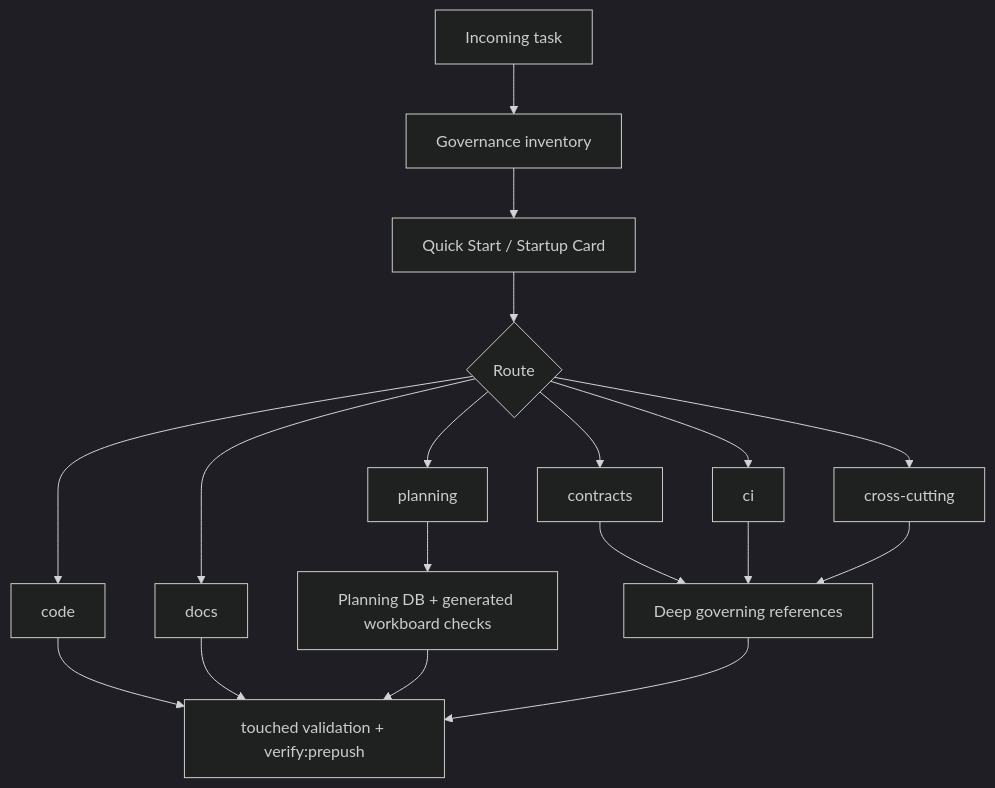
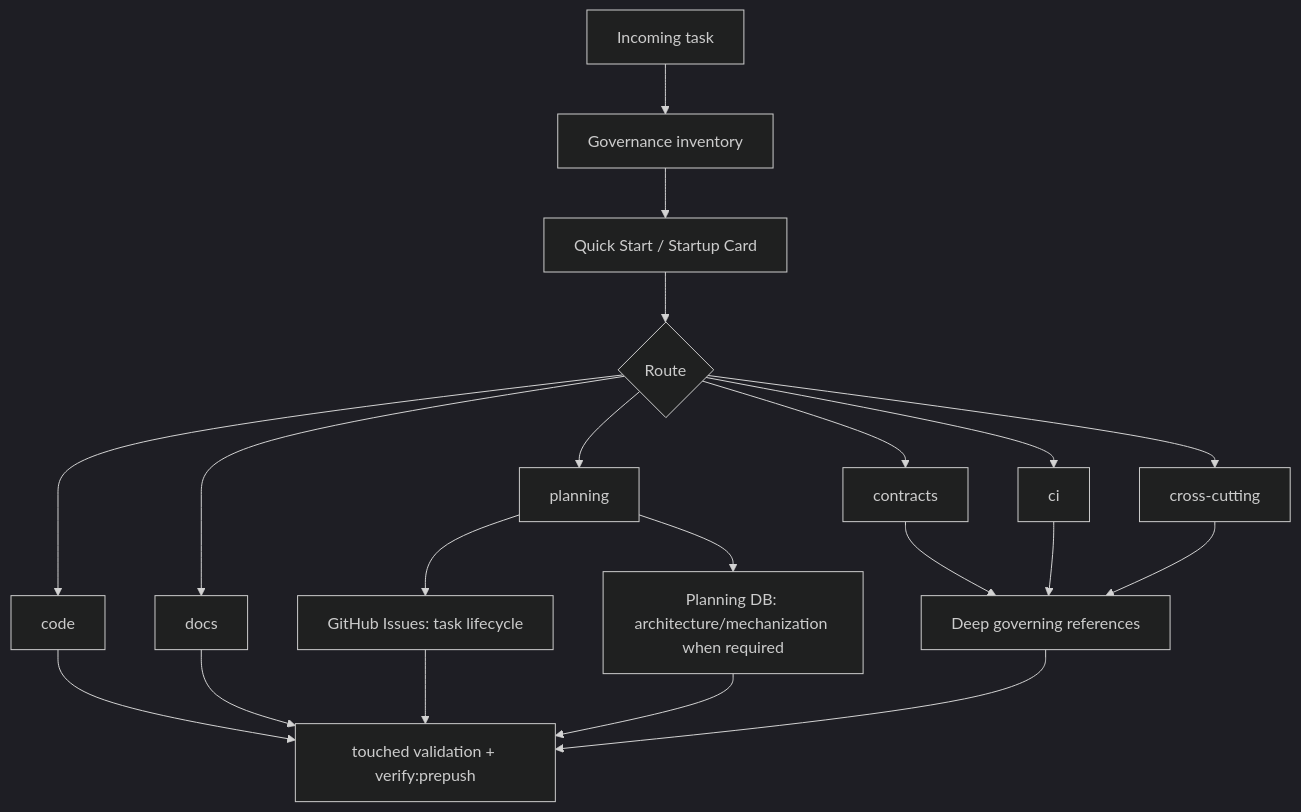
One commit to dunay2/dvt changed the second of 2 diagrams in docs/architecture/components/ci-governance/governance-startup-card-canon-component.md. Above: the diagram before and after it, drawn with Mermaid (dark theme). The commit also changed other lines of this file and 57 other files, not shown here.

````diff
--- a/docs/architecture/components/ci-governance/governance-startup-card-canon-component.md
+++ b/docs/architecture/components/ci-governance/governance-startup-card-canon-component.md
@@ -84,20 +92,22 @@
 ```mermaid
 flowchart TD
   Request[Incoming task] --> Inventory[Governance inventory]
   Inventory --> Card[Quick Start / Startup Card]
   Card --> Route{Route}
   Route --> Code[code]
   Route --> Docs[docs]
   Route --> Planning[planning]
   Route --> Contracts[contracts]
   Route --> CI[ci]
   Route --> CrossCutting[cross-cutting]
   Code --> Baseline[touched validation + verify:prepush]
   Docs --> Baseline
-  Planning --> Workboard[Planning DB + generated workboard checks]
+  Planning --> Issues[GitHub Issues: task lifecycle]
+  Planning --> PlanningDB[Planning DB: architecture/mechanization when required]
   Contracts --> DeepRead[Deep governing references]
   CI --> DeepRead
   CrossCutting --> DeepRead
-  Workboard --> Baseline
+  Issues --> Baseline
+  PlanningDB --> Baseline
   DeepRead --> Baseline
 ```
````
